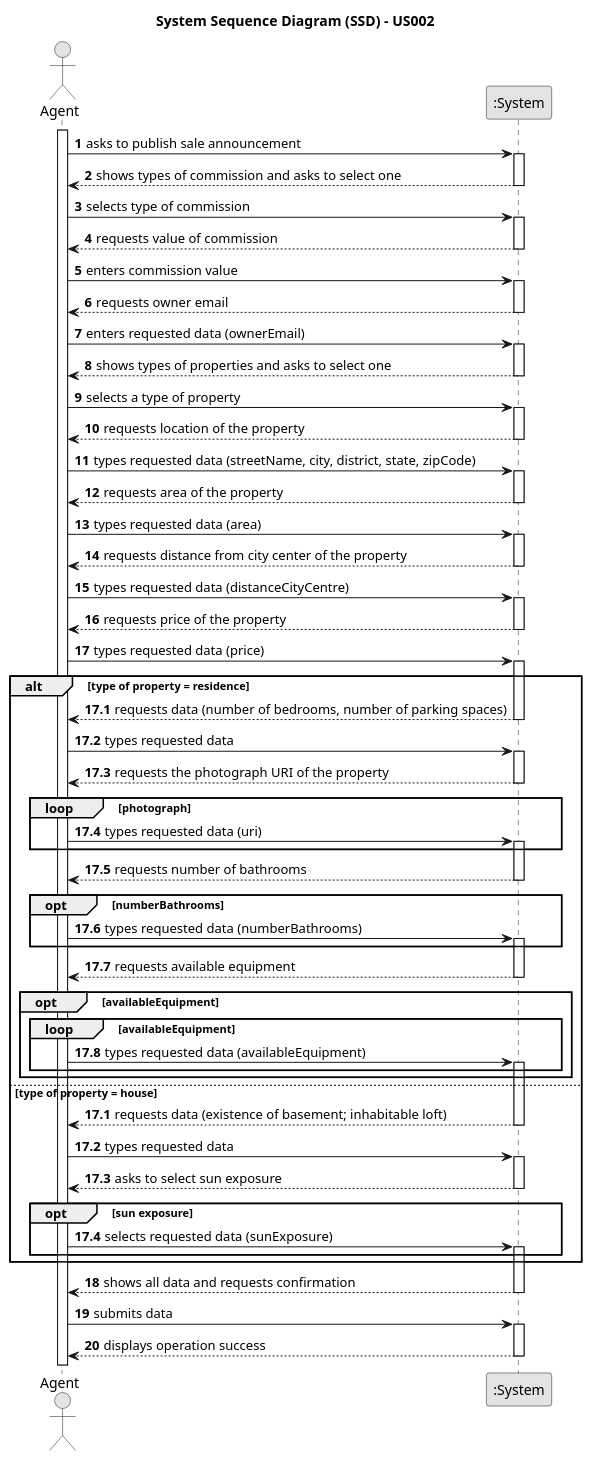
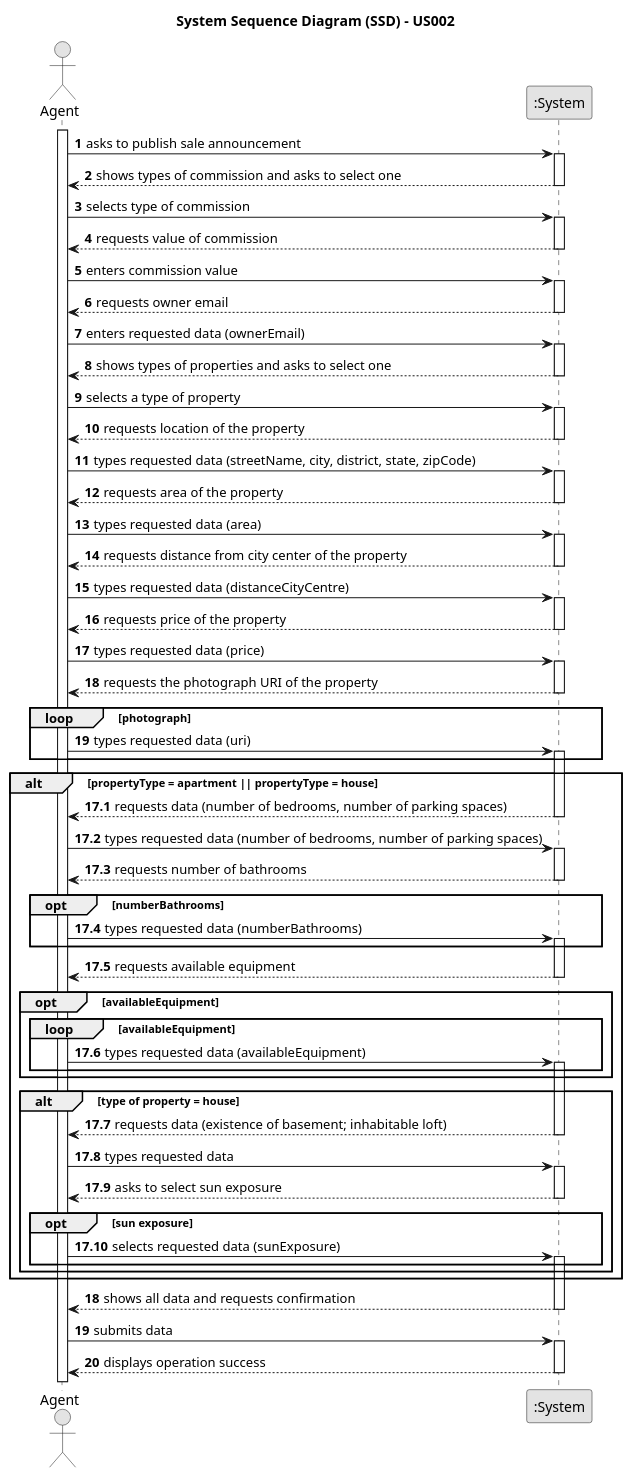
One commit to rita-barbosa/LAPR2-2223 changed the diagram in docs/sprintB/us002/01.requirements-engineering/puml/us002-system-sequence-diagram.puml. Above: the diagram before and after it, drawn with PlantUML.

Commit message:
Update of system sequence diagram [US002][Requirements Engineering]

```diff
--- a/docs/sprintB/us002/01.requirements-engineering/puml/us002-system-sequence-diagram.puml
+++ b/docs/sprintB/us002/01.requirements-engineering/puml/us002-system-sequence-diagram.puml
@@ -1,131 +1,131 @@
 @startuml
 skinparam monochrome true
 skinparam packageStyle rectangle
 skinparam shadowing false
 
 title System Sequence Diagram (SSD) - US002
 
 autonumber
 
 actor "Agent" as Employee
 participant ":System" as System
 
 activate Employee
 
     Employee -> System : asks to publish sale announcement
     activate System
 
       System --> Employee : shows types of commission and asks to select one
     deactivate System
 
     Employee -> System : selects type of commission
     activate System
 
     System --> Employee : requests value of commission
     deactivate System
 
     Employee -> System : enters commission value
     activate System
 
     System --> Employee : requests owner email
     deactivate System
 
     Employee -> System : enters requested data (ownerEmail)
     activate System
 
     System --> Employee : shows types of properties and asks to select one
     deactivate System
 
     Employee -> System : selects a type of property
     activate System
 
     System --> Employee : requests location of the property
     deactivate System
 
     Employee -> System : types requested data (streetName, city, district, state, zipCode)
     activate System
 
     System --> Employee : requests area of the property
     deactivate System
 
     Employee -> System : types requested data (area)
     activate System
 
     System --> Employee : requests distance from city center of the property
     deactivate System
 
     Employee -> System : types requested data (distanceCityCentre)
     activate System
 
     System --> Employee : requests price of the property
     deactivate System
 
     Employee -> System : types requested data (price)
     activate System
 
-
-    alt type of property = residence
-
-     autonumber 17.1
-        System --> Employee : requests data (number of bedrooms, number of parking spaces)
-        deactivate System
-
-        Employee -> System : types requested data
-        activate System
-
-        System --> Employee : requests the photograph URI of the property
+    System --> Employee : requests the photograph URI of the property
         deactivate System
 
             loop photograph
             Employee -> System : types requested data (uri)
             activate System
             end loop
+
+
+    alt propertyType = apartment || propertyType = house
+
+     autonumber 17.1
+        System --> Employee : requests data (number of bedrooms, number of parking spaces)
+        deactivate System
+
+        Employee -> System : types requested data (number of bedrooms, number of parking spaces)
+        activate System
 
 
         System --> Employee : requests number of bathrooms
         deactivate System
 
             opt numberBathrooms
             Employee -> System : types requested data (numberBathrooms)
             activate System
             end opt
 
         System --> Employee : requests available equipment
         deactivate System
 
             opt availableEquipment
                 loop availableEquipment
                 Employee -> System : types requested data (availableEquipment)
                 activate System
                 end loop
             end opt
 
-    else type of property = house
+        alt type of property = house
 
-        autonumber 17.1
         System --> Employee : requests data (existence of basement; inhabitable loft)
         deactivate System
 
         Employee -> System : types requested data
         activate System
 
         System --> Employee : asks to select sun exposure
         deactivate System
 
             opt sun exposure
             Employee -> System : selects requested data (sunExposure)
             activate System
             end opt
 
+        end
     end
     autonumber 18
         System --> Employee : shows all data and requests confirmation
     deactivate System
 
     Employee -> System : submits data
     activate System
 
         System --> Employee : displays operation success
     deactivate System
 
 @enduml
```
